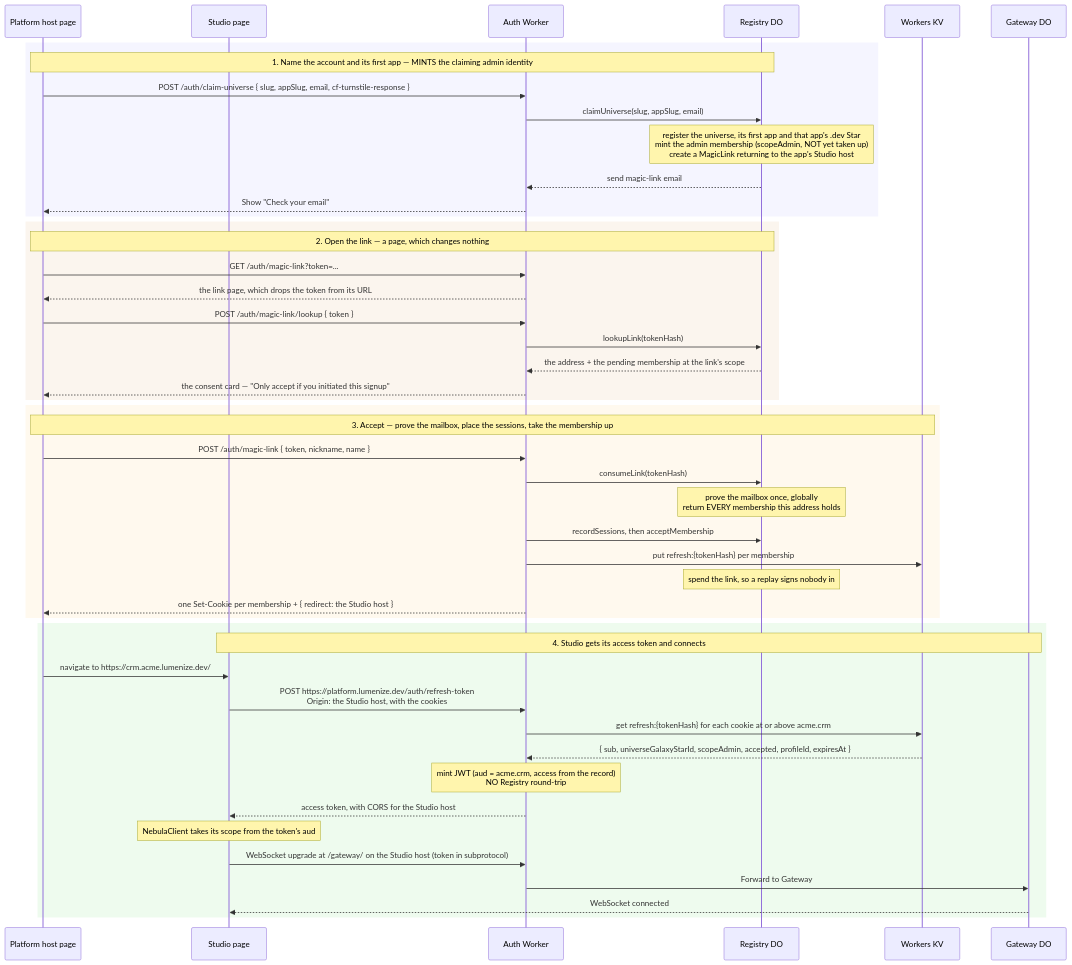
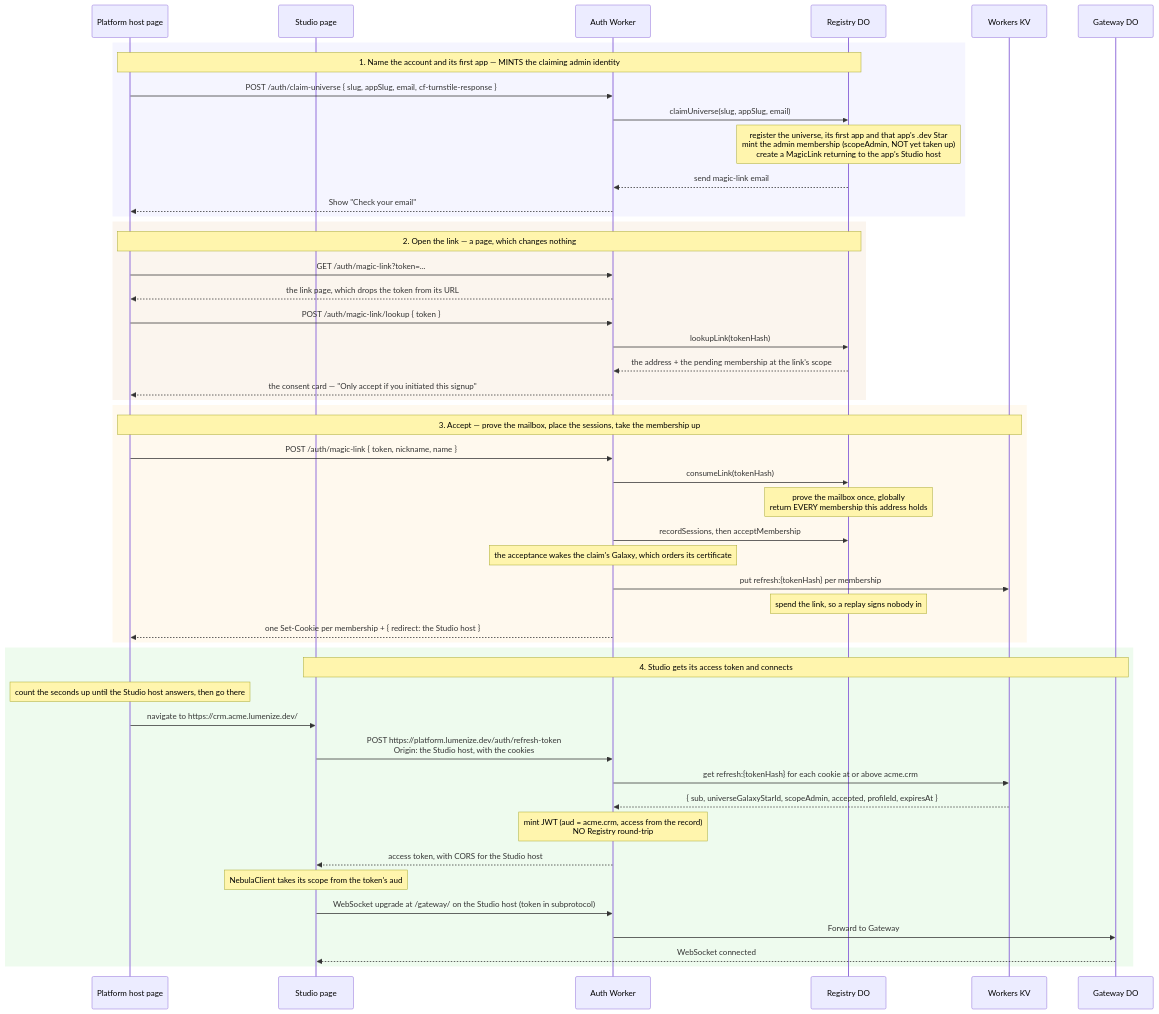
One commit to lumenize/lumenize changed the first of 5 diagrams in website/docs/nebula/auth-flows.md. Above: the diagram before and after it, drawn with Mermaid. The commit also changed other lines of this file and 101 other files, not shown here.

````diff
--- a/website/docs/nebula/auth-flows.md
+++ b/website/docs/nebula/auth-flows.md
@@ -39,53 +39,55 @@
 ```mermaid
 sequenceDiagram
     participant P as Platform host page
     participant S as Studio page
     participant W as Auth Worker
     participant R as Registry DO
     participant KV as Workers KV
     participant GW as Gateway DO
 
     rect rgba(220, 220, 255, 0.3)
         Note over P,R: 1. Name the account and its first app — MINTS the claiming admin identity
         P->>W: POST /auth/claim-universe { slug, appSlug, email, cf-turnstile-response }
         W->>R: claimUniverse(slug, appSlug, email)
         Note over R: register the universe, its first app and that app's .dev Star<br/>mint the admin membership (scopeAdmin, NOT yet taken up)<br/>create a MagicLink returning to the app's Studio host
         R-->>W: send magic-link email
         W-->>P: Show "Check your email"
     end
 
     rect rgba(240, 220, 200, 0.3)
         Note over P,R: 2. Open the link — a page, which changes nothing
         P->>W: GET /auth/magic-link?token=...
         W-->>P: the link page, which drops the token from its URL
         P->>W: POST /auth/magic-link/lookup { token }
         W->>R: lookupLink(tokenHash)
         R-->>W: the address + the pending membership at the link's scope
         W-->>P: the consent card — "Only accept if you initiated this signup"
     end
 
     rect rgba(255, 235, 200, 0.3)
         Note over P,KV: 3. Accept — prove the mailbox, place the sessions, take the membership up
         P->>W: POST /auth/magic-link { token, nickname, name }
         W->>R: consumeLink(tokenHash)
         Note over R: prove the mailbox once, globally<br/>return EVERY membership this address holds
         W->>R: recordSessions, then acceptMembership
+        Note over W: the acceptance wakes the claim's Galaxy, which orders its certificate
         W->>KV: put refresh:{tokenHash} per membership
         Note over R: spend the link, so a replay signs nobody in
         W-->>P: one Set-Cookie per membership + { redirect: the Studio host }
     end
 
     rect rgba(200, 240, 200, 0.3)
         Note over S,GW: 4. Studio gets its access token and connects
+        Note over P: count the seconds up until the Studio host answers, then go there
         P->>S: navigate to https://crm.acme.lumenize.dev/
         S->>W: POST https://platform.lumenize.dev/auth/refresh-token<br/>Origin: the Studio host, with the cookies
         W->>KV: get refresh:{tokenHash} for each cookie at or above acme.crm
         KV-->>W: { sub, universeGalaxyStarId, scopeAdmin, accepted, profileId, expiresAt }
         Note over W: mint JWT (aud = acme.crm, access from the record)<br/>NO Registry round-trip
         W-->>S: access token, with CORS for the Studio host
         Note over S: NebulaClient takes its scope from the token's aud
         S->>W: WebSocket upgrade at /gateway/ on the Studio host (token in subprotocol)
         W->>GW: Forward to Gateway
         GW-->>S: WebSocket connected
     end
 ```
````
